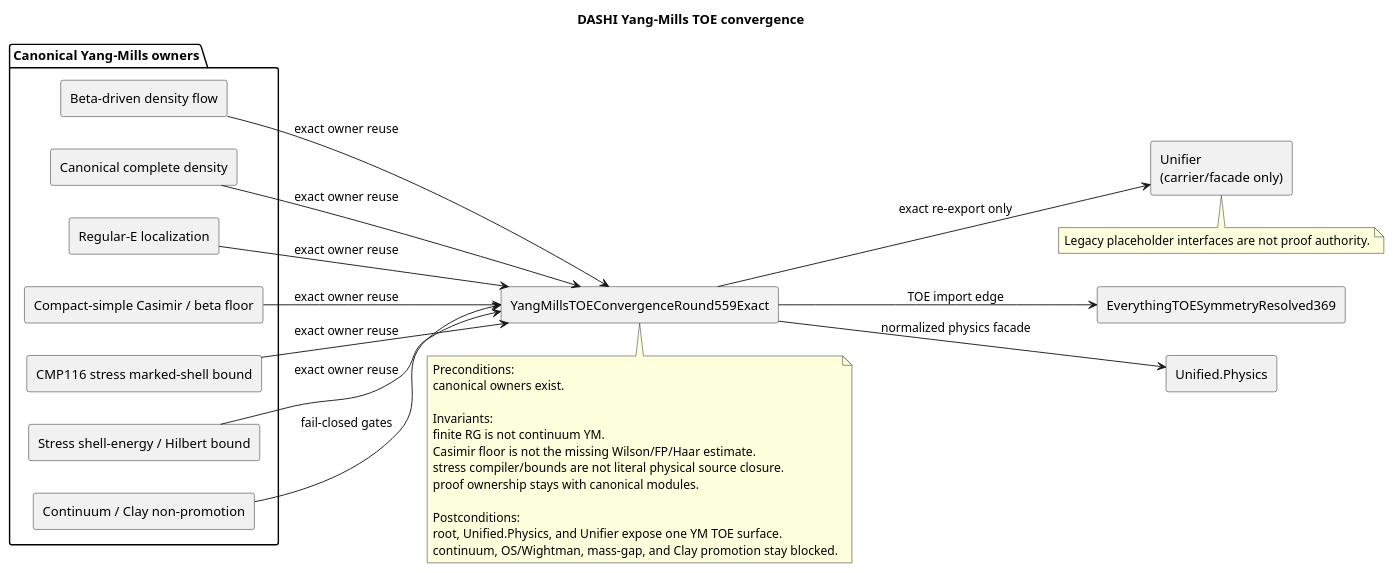
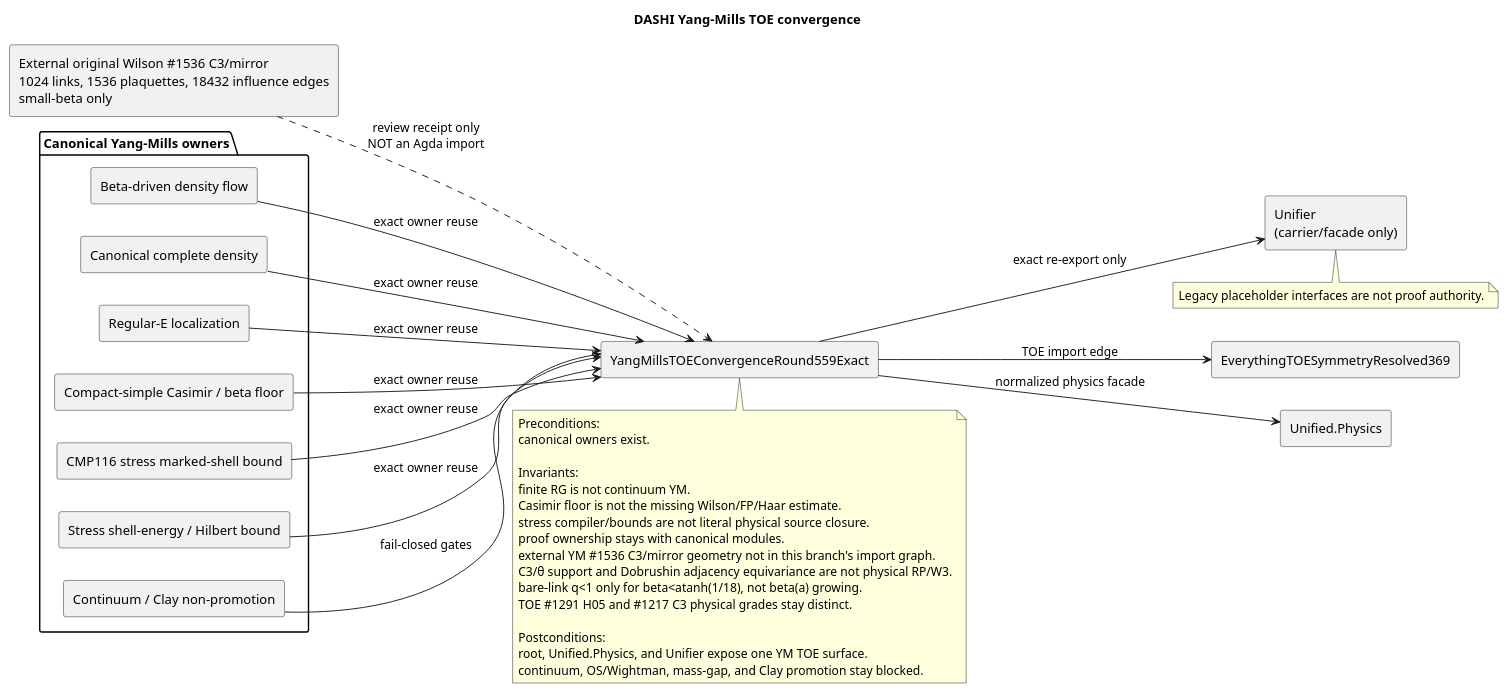
The diagram in Docs/diagrams/ym_toe_r559_convergence.puml (chboishabba/dashi_agda), drawn with PlantUML before and after one commit.

Commit message:
TOE R559: diagram external original Wilson C3/mirror influence source receipt, explicit no Agda import and W3 nonpromotion

```diff
--- a/Docs/diagrams/ym_toe_r559_convergence.puml
+++ b/Docs/diagrams/ym_toe_r559_convergence.puml
@@ -1,52 +1,58 @@
 @startuml
 title DASHI Yang-Mills TOE convergence
 
 left to right direction
 skinparam componentStyle rectangle
 
 package "Canonical Yang-Mills owners" {
   component "Beta-driven density flow" as Beta
   component "Canonical complete density" as Density
   component "Regular-E localization" as RegularE
   component "Compact-simple Casimir / beta floor" as Casimir
   component "CMP116 stress marked-shell bound" as StressShell
   component "Stress shell-energy / Hilbert bound" as StressHilbert
   component "Continuum / Clay non-promotion" as NonPromotion
 }
 
+component "External original Wilson #1536 C3/mirror\n1024 links, 1536 plaquettes, 18432 influence edges\nsmall-beta only" as OriginalWilsonC3
 component "YangMillsTOEConvergenceRound559Exact" as YMTOE
 component "EverythingTOESymmetryResolved369" as Root
 component "Unified.Physics" as UnifiedPhysics
 component "Unifier\n(carrier/facade only)" as Unifier
 
 Beta --> YMTOE : exact owner reuse
 Density --> YMTOE : exact owner reuse
 RegularE --> YMTOE : exact owner reuse
 Casimir --> YMTOE : exact owner reuse
 StressShell --> YMTOE : exact owner reuse
 StressHilbert --> YMTOE : exact owner reuse
 NonPromotion --> YMTOE : fail-closed gates
+OriginalWilsonC3 ..> YMTOE : review receipt only\nNOT an Agda import
 
 YMTOE --> Root : TOE import edge
 YMTOE --> UnifiedPhysics : normalized physics facade
 YMTOE --> Unifier : exact re-export only
 
 note bottom of YMTOE
 Preconditions:
 canonical owners exist.
 
 Invariants:
 finite RG is not continuum YM.
 Casimir floor is not the missing Wilson/FP/Haar estimate.
 stress compiler/bounds are not literal physical source closure.
 proof ownership stays with canonical modules.
+external YM #1536 C3/mirror geometry not in this branch's import graph.
+C3/θ support and Dobrushin adjacency equivariance are not physical RP/W3.
+bare-link q<1 only for beta<atanh(1/18), not beta(a) growing.
+TOE #1291 H05 and #1217 C3 physical grades stay distinct.
 
 Postconditions:
 root, Unified.Physics, and Unifier expose one YM TOE surface.
 continuum, OS/Wightman, mass-gap, and Clay promotion stay blocked.
 end note
 
 note bottom of Unifier
 Legacy placeholder interfaces are not proof authority.
 end note
 @enduml
```
